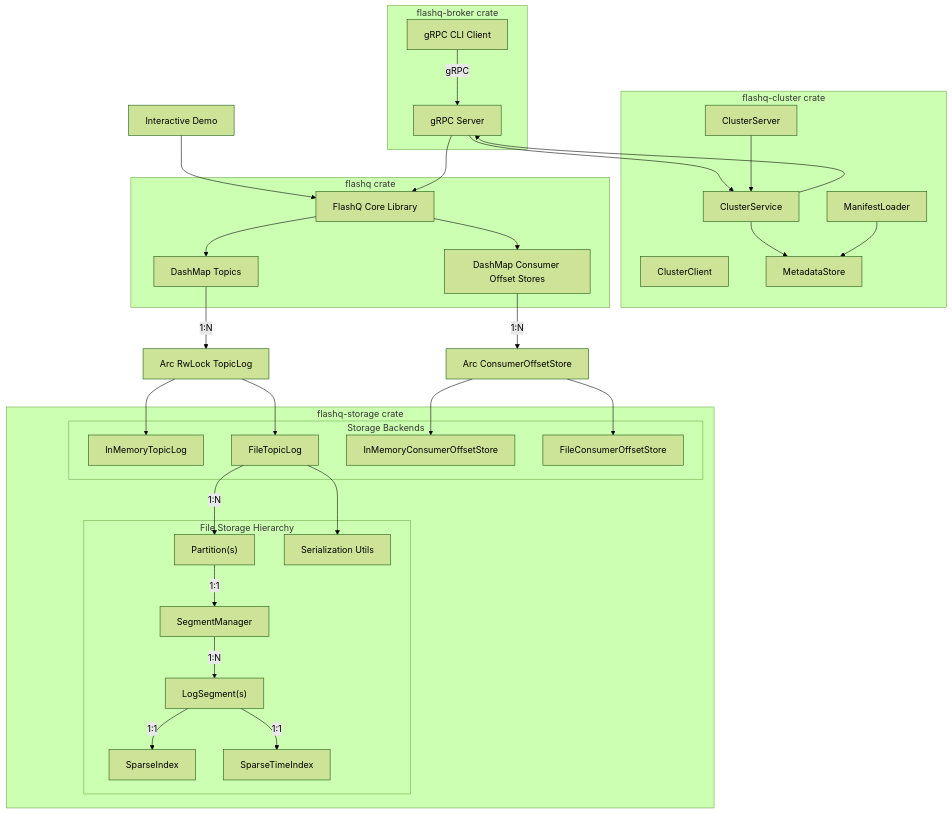
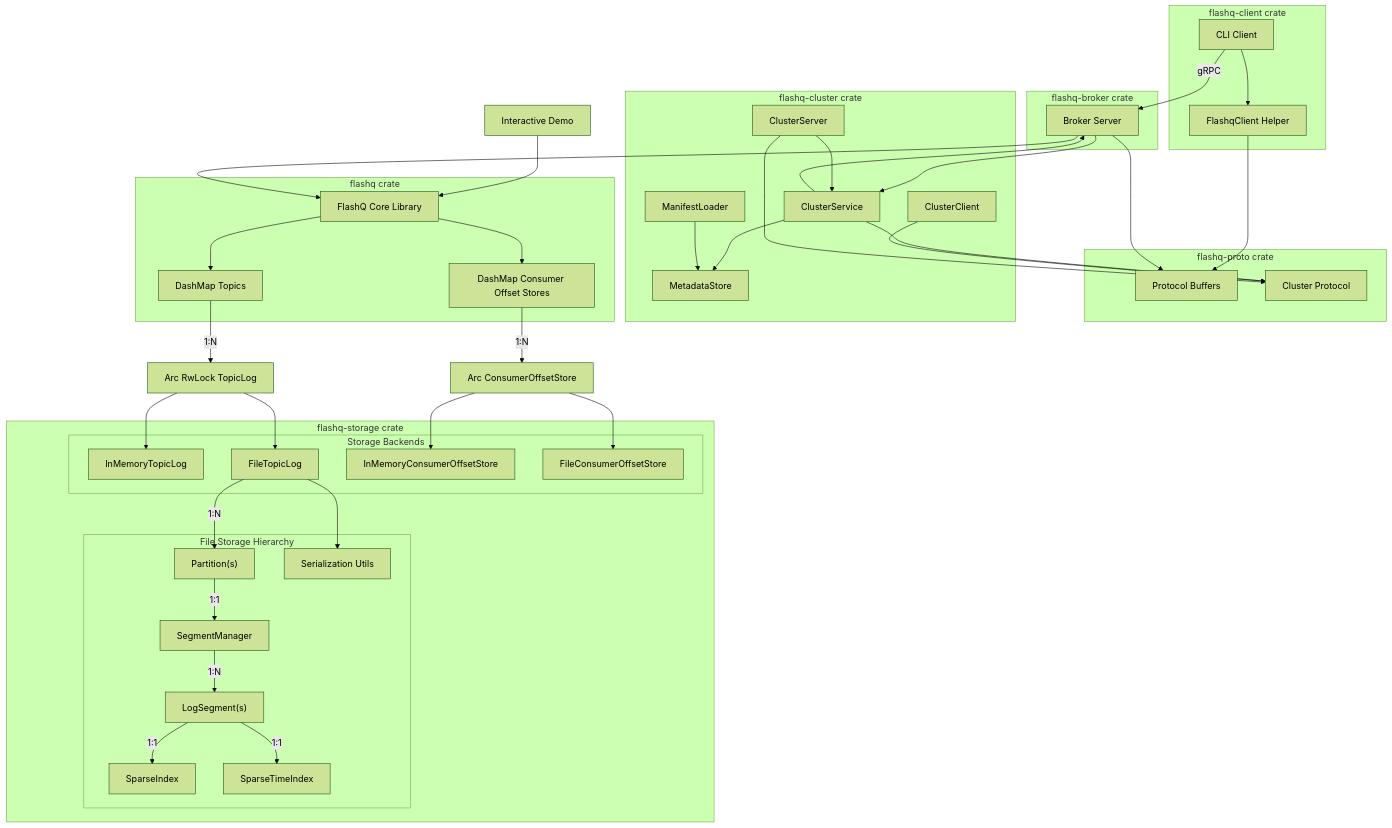
One commit to harshitmahapatra/flashq changed the first of 2 diagrams in docs/architecture.md. Above: the diagram before and after it, drawn with Mermaid (forest theme). The commit also changed other lines of this file and 4 other files, not shown here.

````diff
--- a/docs/architecture.md
+++ b/docs/architecture.md
@@ -7,60 +7,76 @@
 ```mermaid
 graph TD
-    A2[gRPC CLI Client] -->|gRPC| B2[gRPC Server]
+    A2[CLI Client] -->|gRPC| B2[Broker Server]
     C[Interactive Demo] --> D[FlashQ Core Library]
     B2 --> D
     B2 --> CS[ClusterService]
 
+    subgraph "flashq-client crate"
+        A2
+        FC[FlashqClient Helper]
+    end
+
     subgraph "flashq-broker crate"
         B2
-        A2
+    end
+
+    subgraph "flashq-proto crate"
+        PB[Protocol Buffers]
+        CB[Cluster Protocol]
     end
 
     subgraph "flashq-cluster crate"
         CS
         CC[ClusterClient]
         CSrv[ClusterServer]
         MS[MetadataStore]
         ML[ManifestLoader]
     end
 
     subgraph "flashq crate"
         D
         E[DashMap Topics]
         F[DashMap Consumer Offset Stores]
     end
+
+    A2 --> FC
+    FC --> PB
+    B2 --> PB
+    CS --> CB
+    CC --> CB
+    CSrv --> CB
 
     D --> E
     D --> F
 
     E -->|"1:N"| G[Arc RwLock TopicLog]
     F -->|"1:N"| H[Arc ConsumerOffsetStore]
 
     CS --> MS
     CS --> B2
     CSrv --> CS
     ML --> MS
 
     subgraph "flashq-storage crate"
         subgraph "Storage Backends"
             I[InMemoryTopicLog]
             J[FileTopicLog]
             K[InMemoryConsumerOffsetStore]
             L[FileConsumerOffsetStore]
         end
 
         subgraph "File Storage Hierarchy"
             J -->|"1:N"| JP["Partition(s)"]
             JP -->|"1:1"| M["SegmentManager"]
             M -->|"1:N"| N["LogSegment(s)"]
             N -->|"1:1"| O["SparseIndex"]
             N -->|"1:1"| Q["SparseTimeIndex"]
             J --> P["Serialization Utils"]
         end
     end
 
     G --> I
     G --> J
     H --> K
     H --> L
 ```
````
